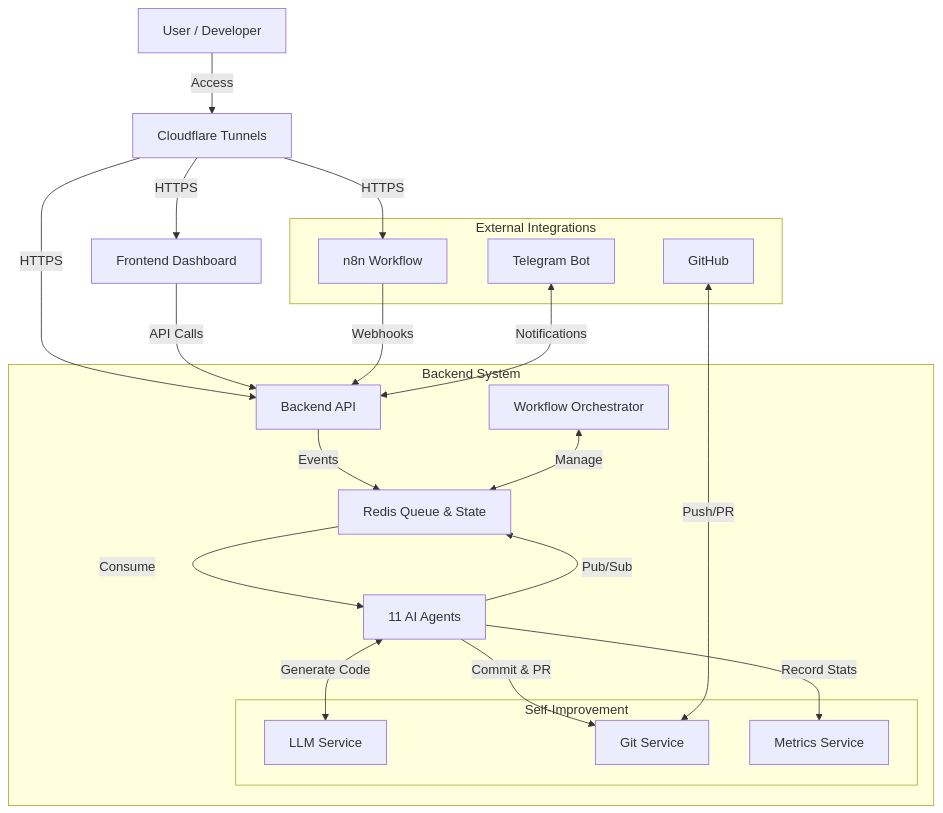
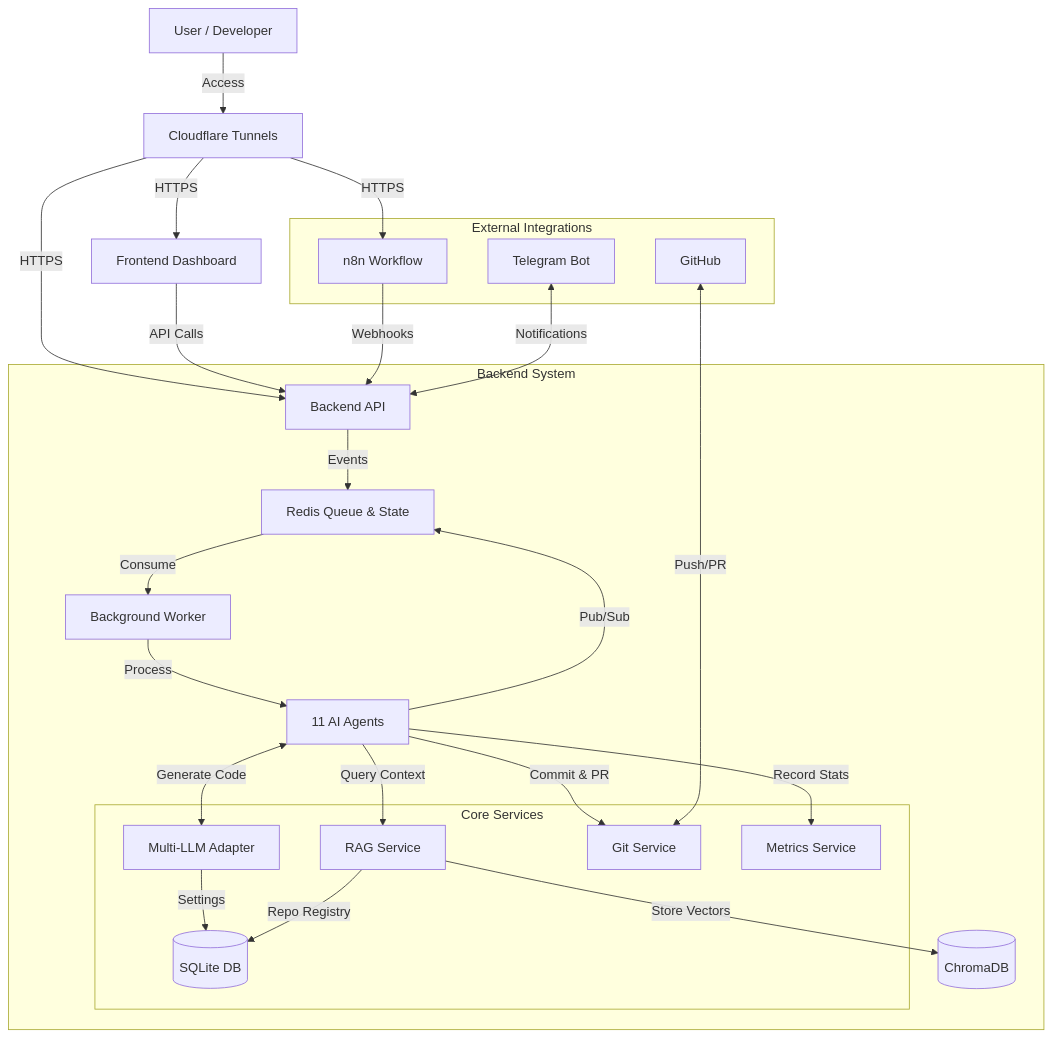
One commit to yprite/RemoteDeveloper changed the diagram in docs/architecture.md. Above: the diagram before and after it, drawn with Mermaid. The commit also changed other lines of this file and 1 other file, not shown here.

Commit message:
Docs: Update architecture and backend_structure with new features

````diff
--- a/docs/architecture.md
+++ b/docs/architecture.md
@@ -8,33 +8,38 @@
 ```mermaid
 graph TD
     User[User / Developer] -->|Access| Cloudflare[Cloudflare Tunnels]
     Cloudflare -->|HTTPS| FE[Frontend Dashboard]
     Cloudflare -->|HTTPS| BE[Backend API]
     Cloudflare -->|HTTPS| N8N[n8n Workflow]
     
     FE -->|API Calls| BE
     
     subgraph "Backend System"
         BE -->|Events| Redis[Redis Queue & State]
-        Redis -->|Consume| Agents[11 AI Agents]
+        Redis -->|Consume| Worker[Background Worker]
+        Worker -->|Process| Agents[11 AI Agents]
         Agents -->|Pub/Sub| Redis
         
-        Orchestrator[Workflow Orchestrator] <-->|Manage| Redis
-        
-        subgraph "Self-Improvement"
-            LLM[LLM Service]
+        subgraph "Core Services"
+            LLM[Multi-LLM Adapter]
+            RAG[RAG Service]
             Git[Git Service]
             Metrics[Metrics Service]
+            DB[(SQLite DB)]
         end
         
         Agents <-->|Generate Code| LLM
+        Agents -->|Query Context| RAG
         Agents -->|Commit & PR| Git
         Agents -->|Record Stats| Metrics
+        RAG -->|Store Vectors| ChromaDB[(ChromaDB)]
+        LLM -->|Settings| DB
+        RAG -->|Repo Registry| DB
     end
     
     subgraph "External Integrations"
         N8N -->|Webhooks| BE
         Telegram[Telegram Bot] <-->|Notifications| BE
         GitHub[GitHub] <-->|Push/PR| Git
     end
 ```
````
